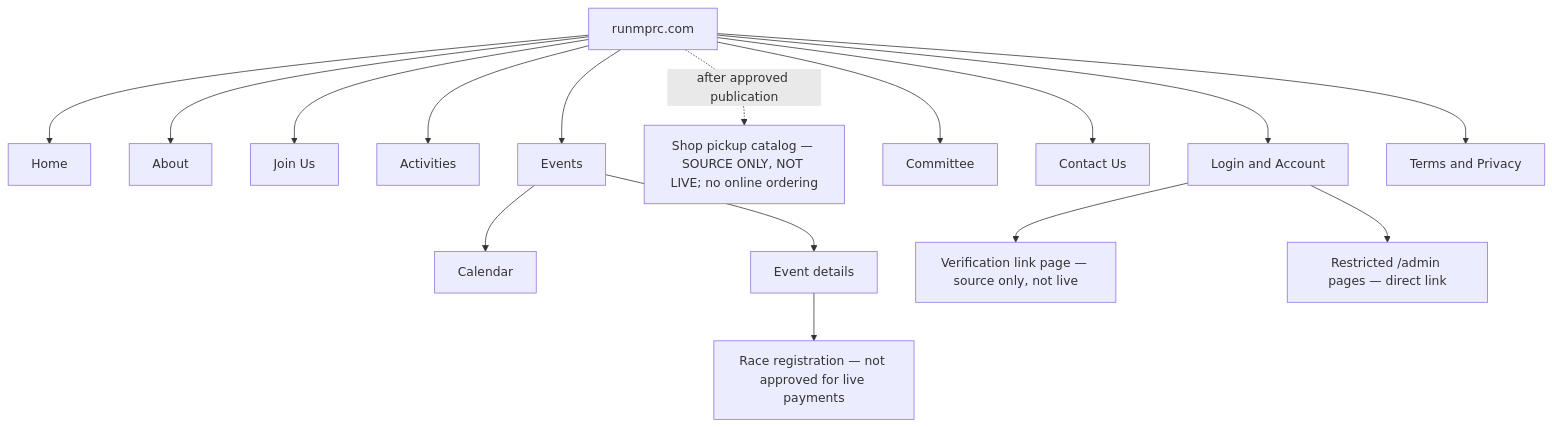
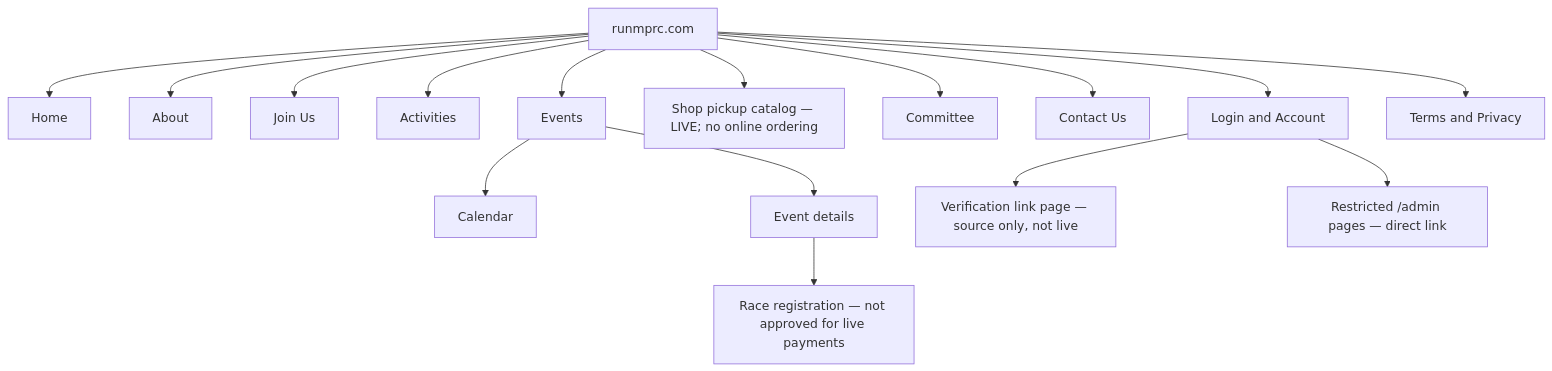
Before and after one commit to Run-MPRC/Run-MPRC.github.io: the first of 9 diagrams in docs/officers/SYSTEM_MAPS.md, drawn with Mermaid. The commit also changed other lines of this file and 11 other files, not shown here.

````diff
--- a/docs/officers/SYSTEM_MAPS.md
+++ b/docs/officers/SYSTEM_MAPS.md
@@ -7,18 +7,18 @@
 ```mermaid
 flowchart TD
     Site["runmprc.com"] --> Home["Home"]
     Site --> About["About"]
     Site --> Join["Join Us"]
     Site --> Activities["Activities"]
     Site --> Events["Events"]
     Events --> Calendar["Calendar"]
     Events --> Event["Event details"]
     Event --> Registration["Race registration — not approved for live payments"]
-    Site -. "after approved publication" .-> Shop["Shop pickup catalog — SOURCE ONLY, NOT LIVE; no online ordering"]
+    Site --> Shop["Shop pickup catalog — LIVE; no online ordering"]
     Site --> Committee["Committee"]
     Site --> Contact["Contact Us"]
     Site --> Account["Login and Account"]
     Account --> AuthAction["Verification link page — source only, not live"]
     Site --> Legal["Terms and Privacy"]
     Account --> Admin["Restricted /admin pages — direct link"]
 ```
````
